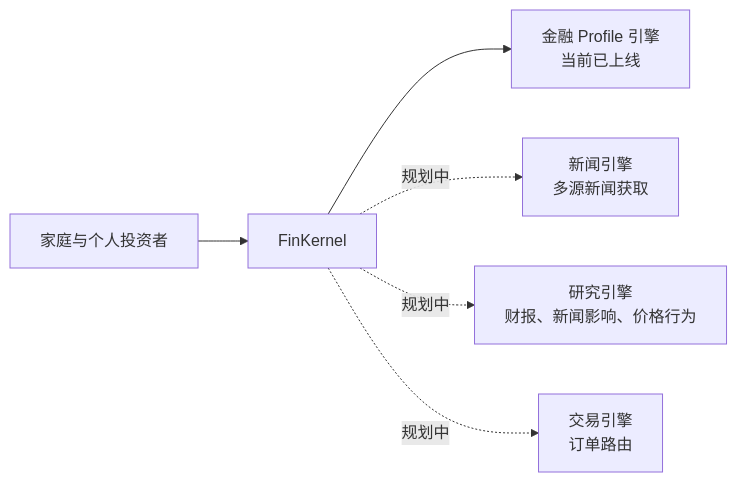
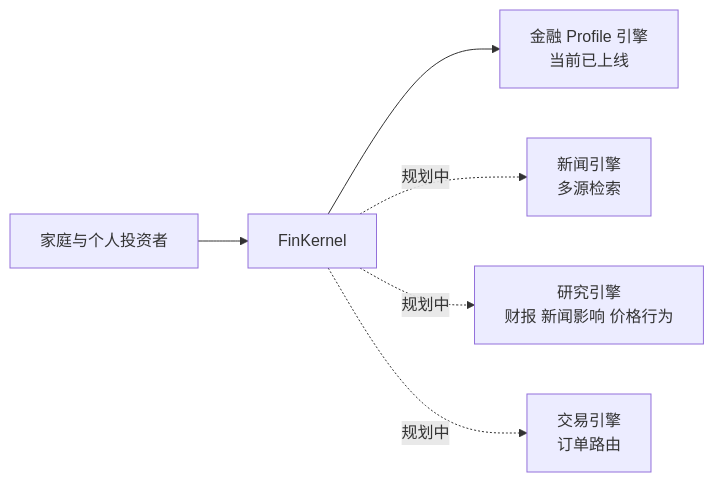
One commit to JiwenS/FinKernel changed the first of 2 diagrams in docs/readme_lang/README.zh-CN.md. Above: the diagram before and after it, drawn with Mermaid. The commit also changed other lines of this file and 7 other files, not shown here.

````diff
--- a/docs/readme_lang/README.zh-CN.md
+++ b/docs/readme_lang/README.zh-CN.md
@@ -41,8 +42,8 @@
 ```mermaid
 flowchart LR
     A[家庭与个人投资者] --> B[FinKernel]
     B --> C[金融 Profile 引擎<br/>当前已上线]
-    B -. 规划中 .-> D[新闻引擎<br/>多源新闻获取]
-    B -. 规划中 .-> E[研究引擎<br/>财报、新闻影响、价格行为]
+    B -. 规划中 .-> D[新闻引擎<br/>多源检索]
+    B -. 规划中 .-> E[研究引擎<br/>财报 新闻影响 价格行为]
     B -. 规划中 .-> F[交易引擎<br/>订单路由]
 ```
````
